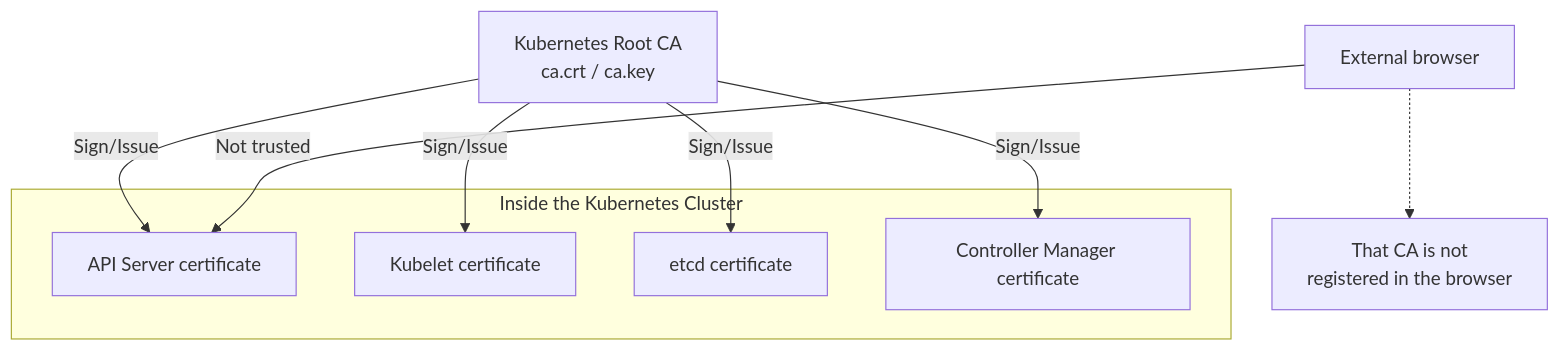
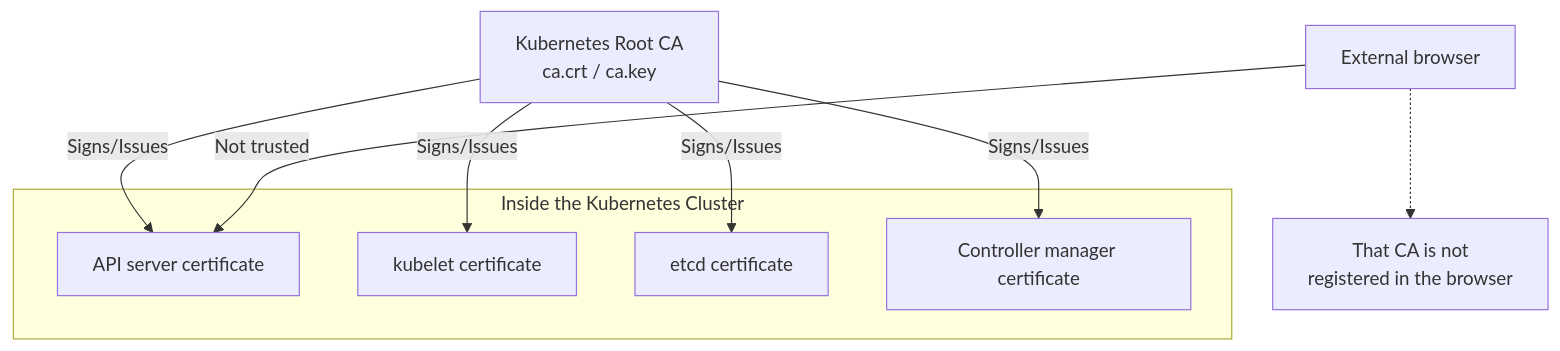
The diagram in content/security/03-operation/22-k8s-root-ca-internal.md (jeonck/k8s-adv), drawn with Mermaid before and after one commit. The commit also changed other lines of this file and 16 other files, not shown here.

````diff
--- a/content/security/03-operation/22-k8s-root-ca-internal.md
+++ b/content/security/03-operation/22-k8s-root-ca-internal.md
@@ -29,17 +29,17 @@
 ```mermaid
 graph TD
-    CA[Kubernetes Root CA<br/>ca.crt / ca.key] -- "Sign/Issue" --> AS[API Server certificate]
-    CA -- "Sign/Issue" --> KL[Kubelet certificate]
-    CA -- "Sign/Issue" --> ET[etcd certificate]
-    CA -- "Sign/Issue" --> CTL[Controller Manager certificate]
+    CA[Kubernetes Root CA<br/>ca.crt / ca.key] -- "Signs/Issues" --> AS[API server certificate]
+    CA -- "Signs/Issues" --> KL[kubelet certificate]
+    CA -- "Signs/Issues" --> ET[etcd certificate]
+    CA -- "Signs/Issues" --> CTL[Controller manager certificate]
     
     subgraph Cluster["Inside the Kubernetes Cluster"]
     AS
     KL
     ET
     CTL
     end
     
     User[External browser] -- "Not trusted" --> AS
     User -.-> Note["That CA is not<br/>registered in the browser"]
 ```
````
